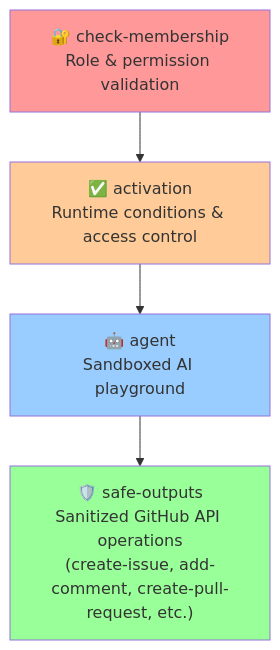
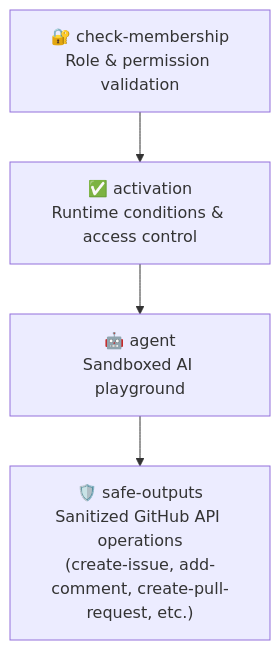
The diagram in README.md (githubnext/gh-aw), drawn with Mermaid before and after one commit.

Commit message:
Remove styling from mermaid diagram

````diff
--- a/README.md
+++ b/README.md
@@ -49,16 +49,11 @@
 ```mermaid
 graph TB
     A[check-membership] --> B[activation]
     B --> C[agent]
     C --> D[safe-outputs]
     
     A["🔐 check-membership<br/>Role & permission validation"]
     B["✅ activation<br/>Runtime conditions & access control"]
     C["🤖 agent<br/>Sandboxed AI playground"]
     D["🛡️ safe-outputs<br/>Sanitized GitHub API operations<br/>(create-issue, add-comment, create-pull-request, etc.)"]
-    
-    style A fill:#ff9999
-    style B fill:#ffcc99
-    style C fill:#99ccff
-    style D fill:#99ff99
 ```
````
